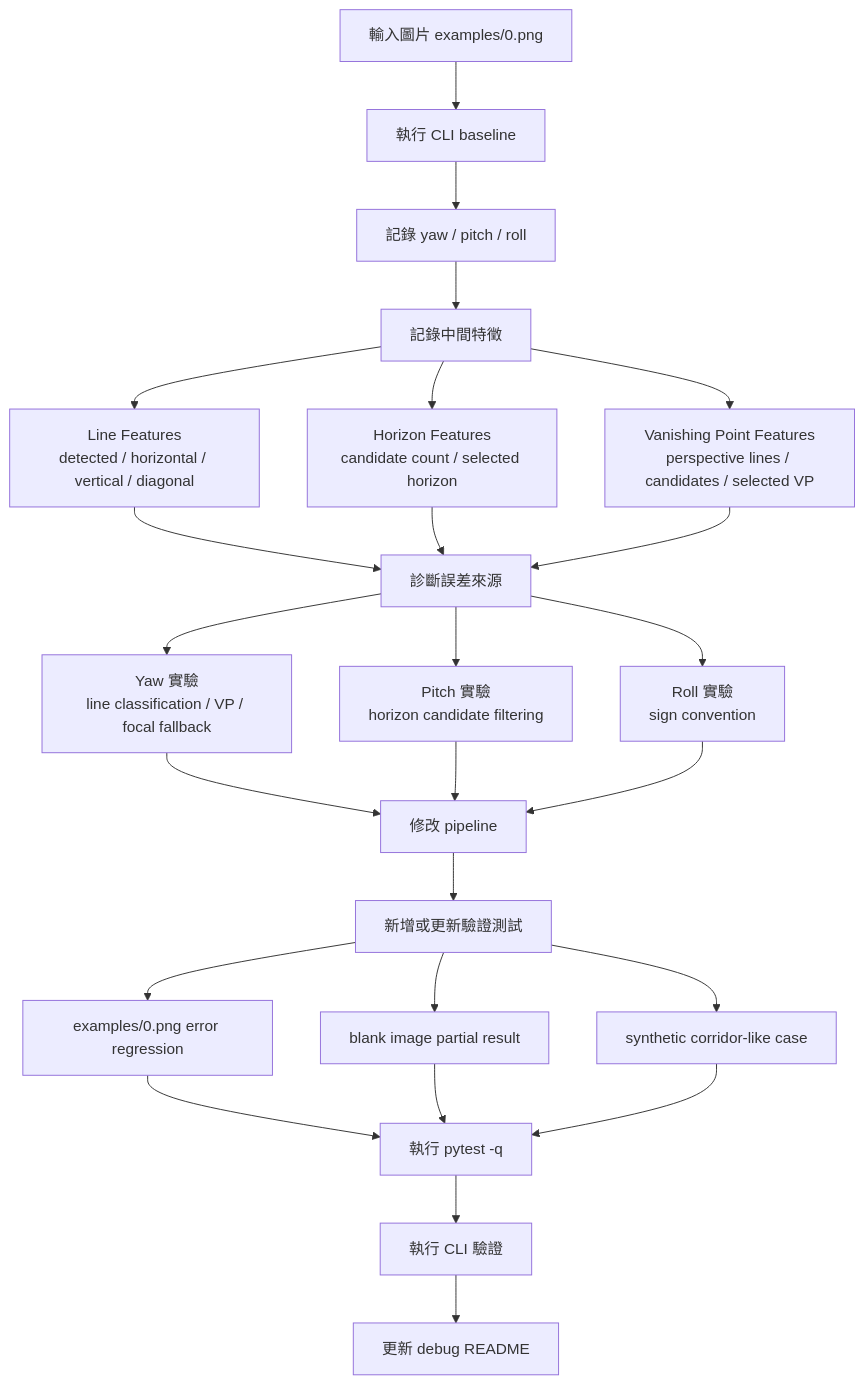
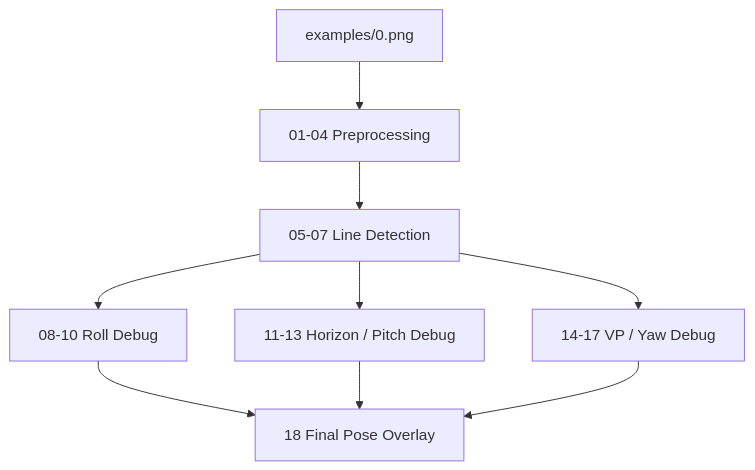
Before and after one commit to Rt209/camera-angle: the diagram in breakdown/01_Geometry_Based_Pose/06_Debug/examples_0_pose_debug_process.md, drawn with Mermaid. The commit also changed other lines of this file and 8 other files, not shown here.

````diff
--- a/breakdown/01_Geometry_Based_Pose/06_Debug/examples_0_pose_debug_process.md
+++ b/breakdown/01_Geometry_Based_Pose/06_Debug/examples_0_pose_debug_process.md
@@ -43,33 +23,11 @@
 ```mermaid
 flowchart TD
-    A[輸入圖片 examples/0.png] --> B[執行 CLI baseline]
-    B --> C[記錄 yaw / pitch / roll]
-    C --> D[記錄中間特徵]
-
-    D --> D1[Line Features<br/>detected / horizontal / vertical / diagonal]
-    D --> D2[Horizon Features<br/>candidate count / selected horizon]
-    D --> D3[Vanishing Point Features<br/>perspective lines / candidates / selected VP]
-
-    D1 --> E[診斷誤差來源]
-    D2 --> E
-    D3 --> E
-
-    E --> F1[Yaw 實驗<br/>line classification / VP / focal fallback]
-    E --> F2[Pitch 實驗<br/>horizon candidate filtering]
-    E --> F3[Roll 實驗<br/>sign convention]
-
-    F1 --> G[修改 pipeline]
-    F2 --> G
-    F3 --> G
-
-    G --> H[新增或更新驗證測試]
-    H --> H1[examples/0.png error regression]
-    H --> H2[blank image partial result]
-    H --> H3[synthetic corridor-like case]
-
-    H1 --> I[執行 pytest -q]
-    H2 --> I
-    H3 --> I
-    I --> J[執行 CLI 驗證]
-    J --> K[更新 debug README]
+    A[examples/0.png] --> B[01-04 Preprocessing]
+    B --> C[05-07 Line Detection]
+    C --> D[08-10 Roll Debug]
+    C --> E[11-13 Horizon / Pitch Debug]
+    C --> F[14-17 VP / Yaw Debug]
+    D --> G[18 Final Pose Overlay]
+    E --> G
+    F --> G
 ```
````
